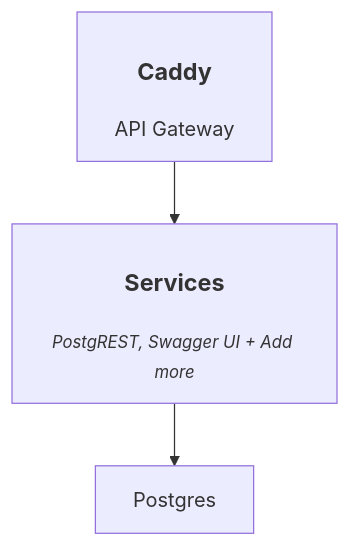
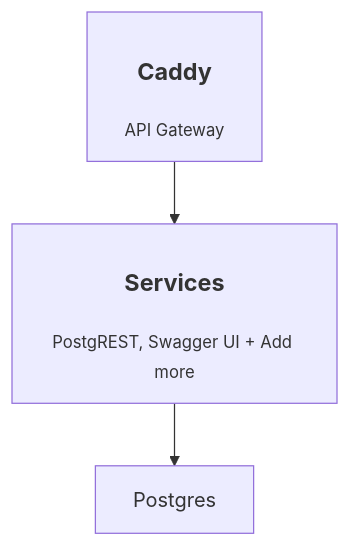
Before and after one commit to explodinglabs/superstack: the diagram in README.md, drawn with Mermaid.

Commit message:
Adjust architecture

````diff
--- a/README.md
+++ b/README.md
@@ -14,6 +14,6 @@
 ```mermaid
 flowchart TD
-    Caddy["<h3>Caddy</h3>API Gateway"]
-    Caddy --> Middleware["<h3>Services</h3><small><i>PostgREST, Swagger UI + Add more</i></small>"]
+    Caddy["<h3>Caddy</h3><small>API Gateway<small>"]
+    Caddy --> Middleware["<h3>Services</h3><small>PostgREST, Swagger UI + Add more</small>"]
     Middleware --> Postgres
 ```
````
